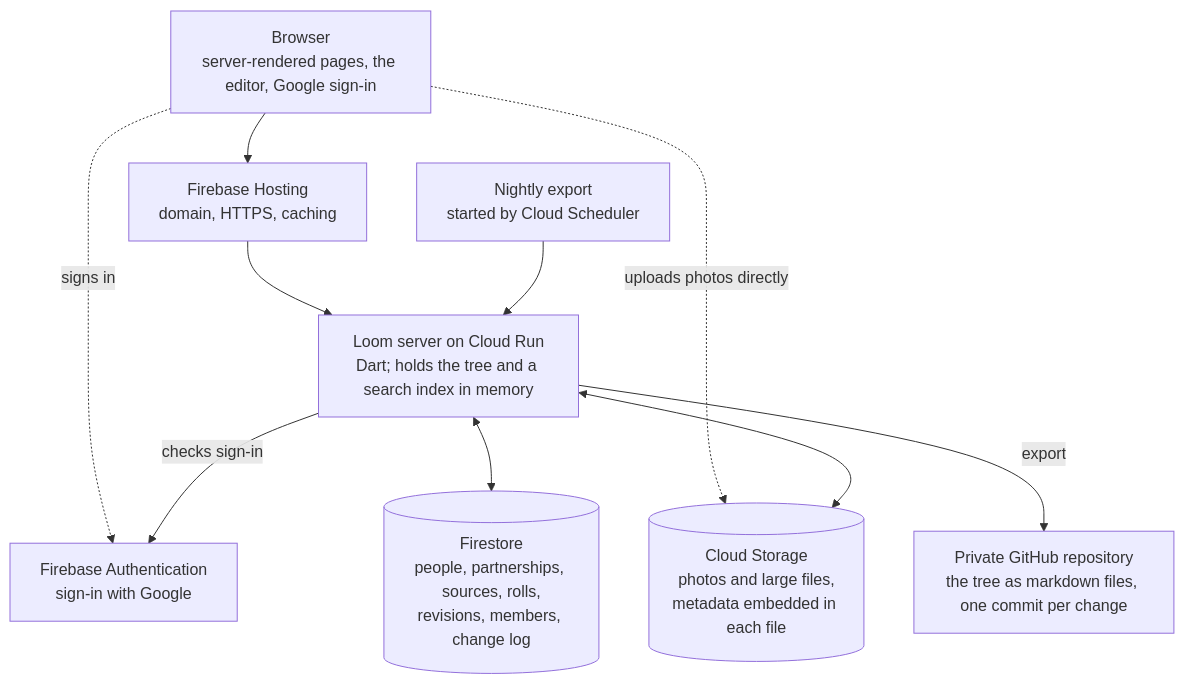
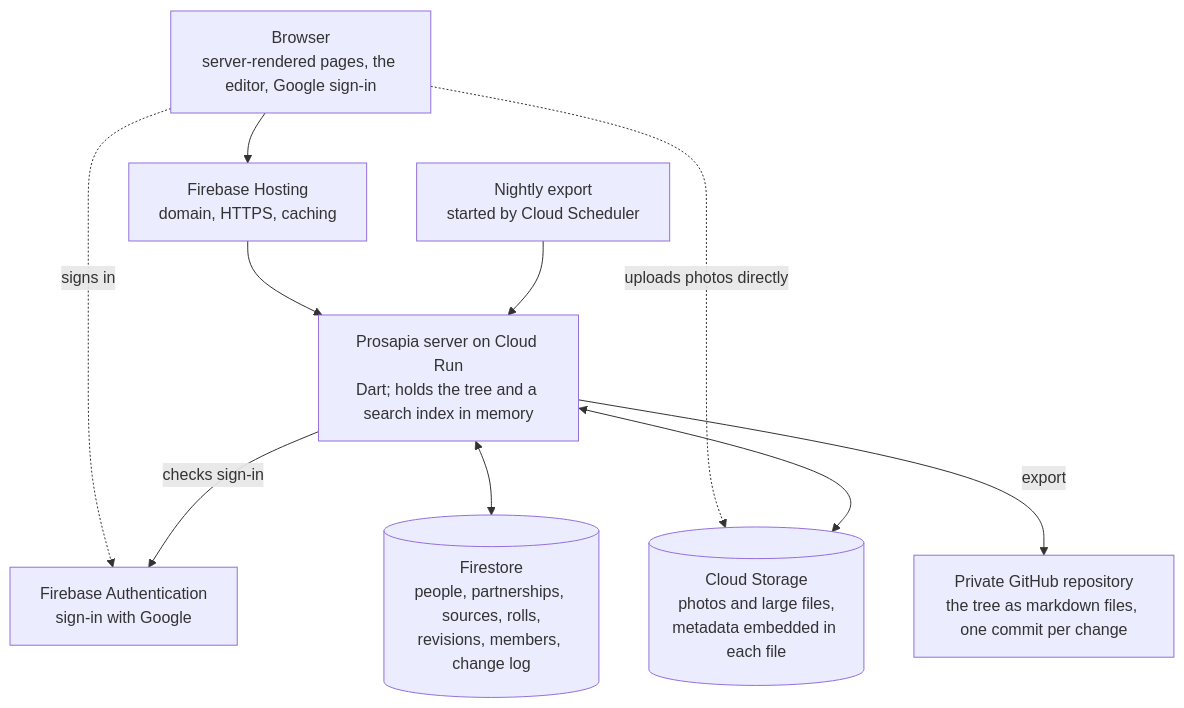
One commit to devoncarew/prosapia changed the diagram in docs/architecture.md. Above: the diagram before and after it, drawn with Mermaid. The commit also changed other lines of this file and 30 other files, not shown here.

First line of the commit message:
Rename Loom to Prosapia

````diff
--- a/docs/architecture.md
+++ b/docs/architecture.md
@@ -8,19 +8,19 @@
 ```mermaid
 flowchart TD
     browser["Browser<br/>server-rendered pages, the editor, Google sign-in"]
     hosting["Firebase Hosting<br/>domain, HTTPS, caching"]
-    server["Loom server on Cloud Run<br/>Dart; holds the tree and a search index in memory"]
+    server["Prosapia server on Cloud Run<br/>Dart; holds the tree and a search index in memory"]
     auth["Firebase Authentication<br/>sign-in with Google"]
     firestore[("Firestore<br/>people, partnerships, sources, rolls,<br/>revisions, members, change log")]
     storage[("Cloud Storage<br/>photos and large files,<br/>metadata embedded in each file")]
     job["Nightly export<br/>started by Cloud Scheduler"]
     backup["Private GitHub repository<br/>the tree as markdown files, one commit per change"]
     browser --> hosting --> server
     browser -. "signs in" .-> auth
     browser -. "uploads photos directly" .-> storage
     server -- "checks sign-in" --> auth
     server <--> firestore
     server <--> storage
     job --> server
     server -- "export" --> backup
 ```
````
